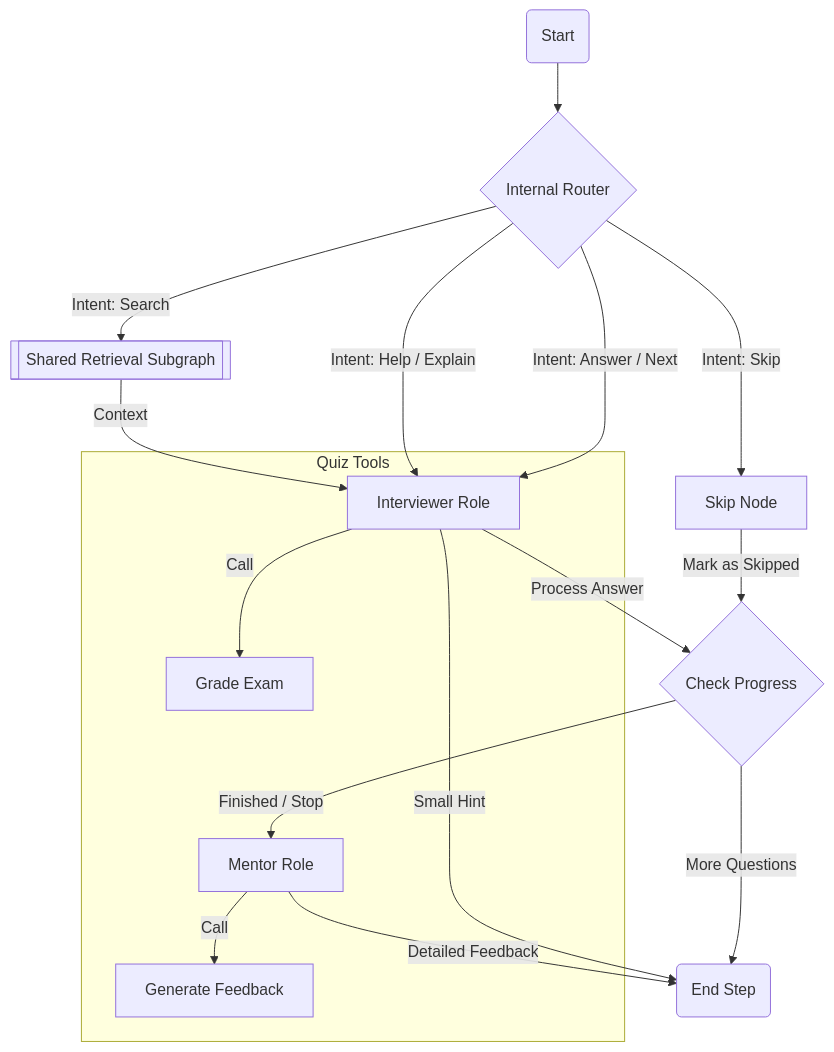
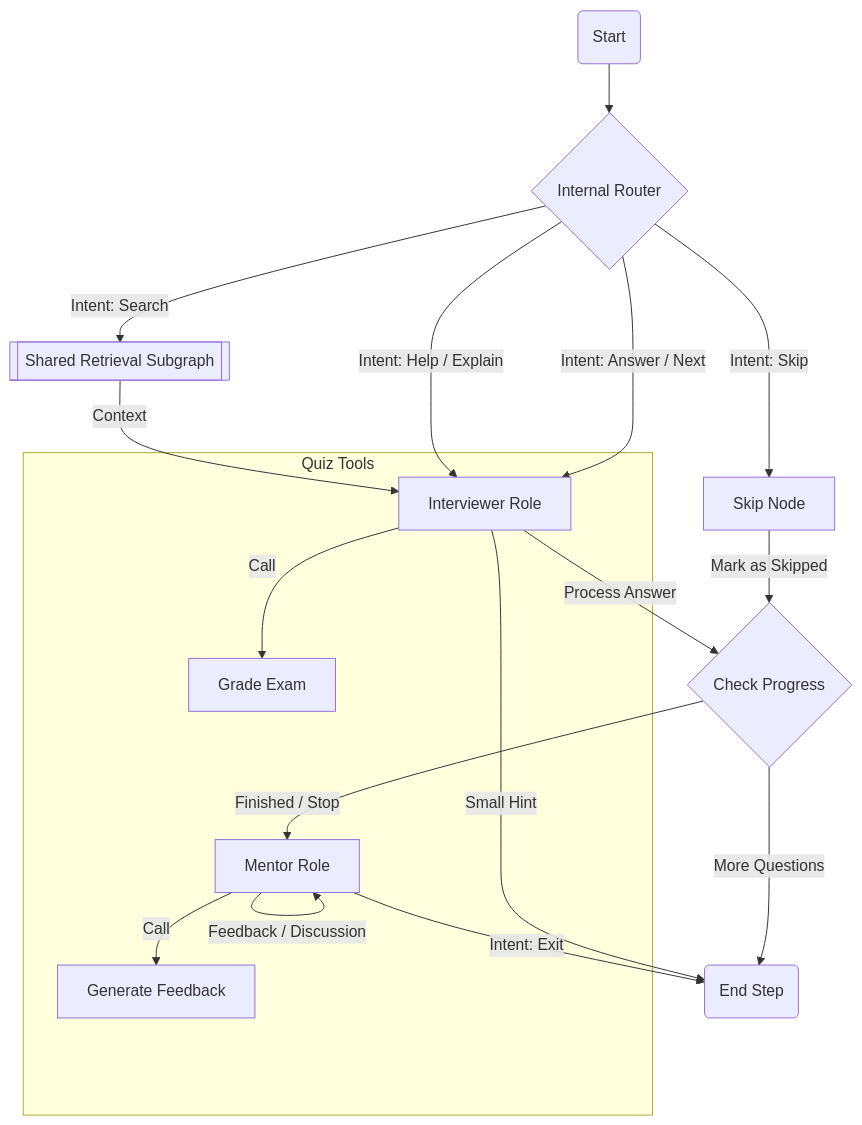
Before and after one commit to Lifelong-Learning-Assisttant/agent_service: the fourth of 5 diagrams in docs/agent_documentation.md, drawn with Mermaid. The commit also changed other lines of this file, not shown here.

````diff
--- a/docs/agent_documentation.md
+++ b/docs/agent_documentation.md
@@ -107,25 +107,26 @@
 ```mermaid
 graph TD
     Q_Start(Start) --> Q_Router{Internal Router}
     
     Q_Router --"Intent: Answer / Next"--> Q_Interviewer[Interviewer Role]
     Q_Router --"Intent: Help / Explain"--> Q_Interviewer
     Q_Router --"Intent: Skip"--> Q_Skip[Skip Node]
     Q_Router --"Intent: Search"--> Q_Search[[Shared Retrieval Subgraph]]
     
     Q_Interviewer --"Process Answer"--> Q_Check{Check Progress}
     Q_Interviewer --"Small Hint"--> Q_End(End Step)
     
     Q_Skip --"Mark as Skipped"--> Q_Check
     
     Q_Check --"More Questions"--> Q_End
     Q_Check --"Finished / Stop"--> Q_Mentor[Mentor Role]
     
     Q_Search --"Context"--> Q_Interviewer
-    Q_Mentor --"Detailed Feedback"--> Q_End
+    Q_Mentor --"Feedback / Discussion"--> Q_Mentor
+    Q_Mentor --"Intent: Exit"--> Q_End
     
     subgraph "Quiz Tools"
         Q_Interviewer --"Call"--> Tool_Grade[Grade Exam]
         Q_Mentor --"Call"--> Tool_Gen[Generate Feedback]
     end
 ```
````
